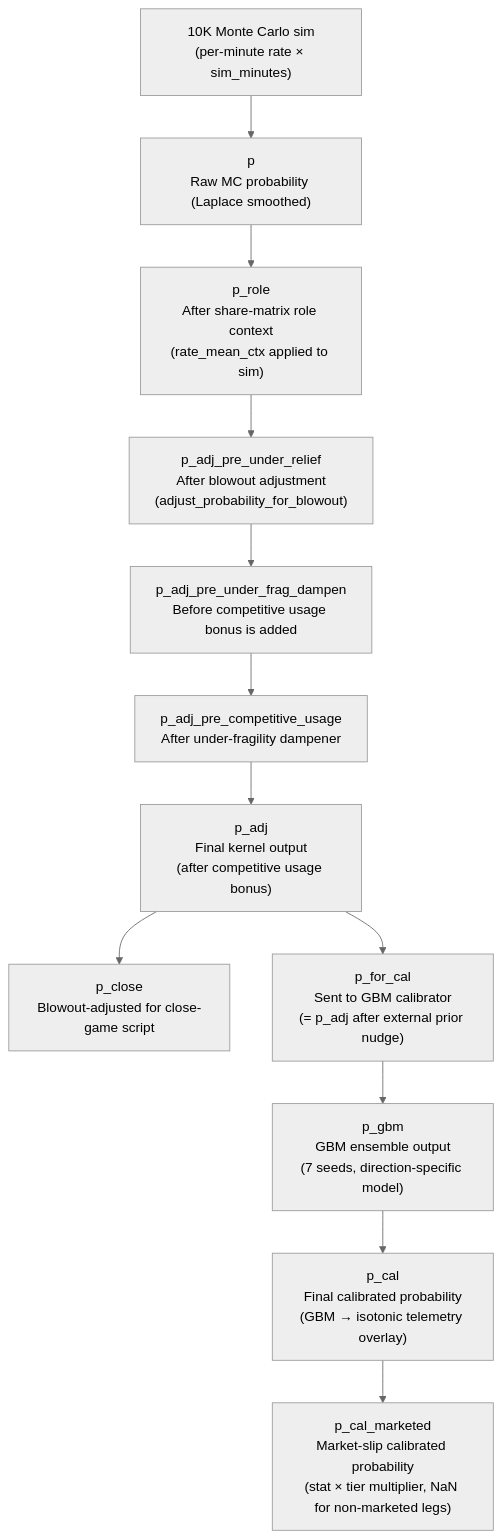
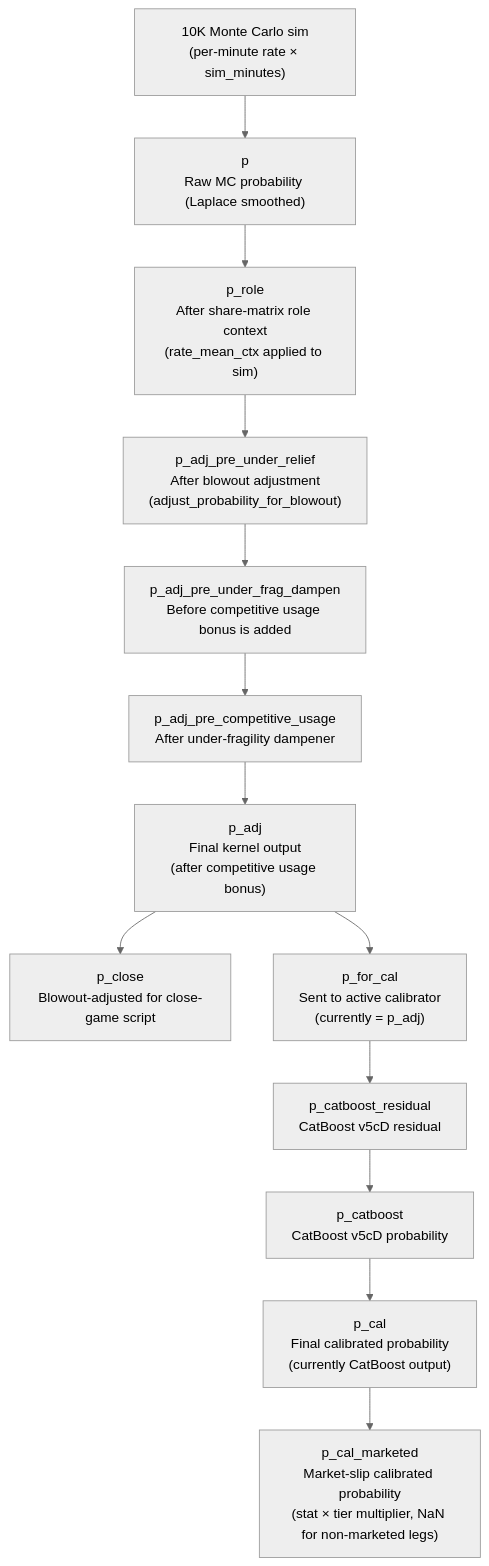
The diagram in docs/SCORED_LEGS_DEDUPED_DATA_DICTIONARY.md (rickeyalackey89-max/Atlas), drawn with Mermaid (neutral theme) before and after one commit. The commit also changed other lines of this file and 27 other files, not shown here.

````diff
--- a/docs/SCORED_LEGS_DEDUPED_DATA_DICTIONARY.md
+++ b/docs/SCORED_LEGS_DEDUPED_DATA_DICTIONARY.md
@@ -11,19 +12,20 @@
 ```mermaid
 flowchart TD
     MC["10K Monte Carlo sim\n(per-minute rate × sim_minutes)"]
     p["p\nRaw MC probability (Laplace smoothed)"]
     pRole["p_role\nAfter share-matrix role context\n(rate_mean_ctx applied to sim)"]
     pAdjPreUR["p_adj_pre_under_relief\nAfter blowout adjustment\n(adjust_probability_for_blowout)"]
     pAdjPreCU["p_adj_pre_competitive_usage\nAfter under-fragility dampener"]
     pAdjPreUFD["p_adj_pre_under_frag_dampen\nBefore competitive usage bonus is added"]
     pAdj["p_adj\nFinal kernel output\n(after competitive usage bonus)"]
     pClose["p_close\nBlowout-adjusted for close-game script"]
-    pForCal["p_for_cal\nSent to GBM calibrator\n(= p_adj after external prior nudge)"]
-    pGBM["p_gbm\nGBM ensemble output\n(7 seeds, direction-specific model)"]
-    pCal["p_cal\nFinal calibrated probability\n(GBM → isotonic telemetry overlay)"]
+    pForCal["p_for_cal\nSent to active calibrator\n(currently = p_adj)"]
+    pCatRes["p_catboost_residual\nCatBoost v5cD residual"]
+    pCat["p_catboost\nCatBoost v5cD probability"]
+    pCal["p_cal\nFinal calibrated probability\n(currently CatBoost output)"]
     pCalMarketed["p_cal_marketed\nMarket-slip calibrated probability\n(stat × tier multiplier, NaN for non-marketed legs)"]
 
     MC --> p --> pRole --> pAdjPreUR --> pAdjPreUFD --> pAdjPreCU --> pAdj
-    pAdj --> pForCal --> pGBM --> pCal --> pCalMarketed
+    pAdj --> pForCal --> pCatRes --> pCat --> pCal --> pCalMarketed
     pAdj --> pClose
 ```
````
